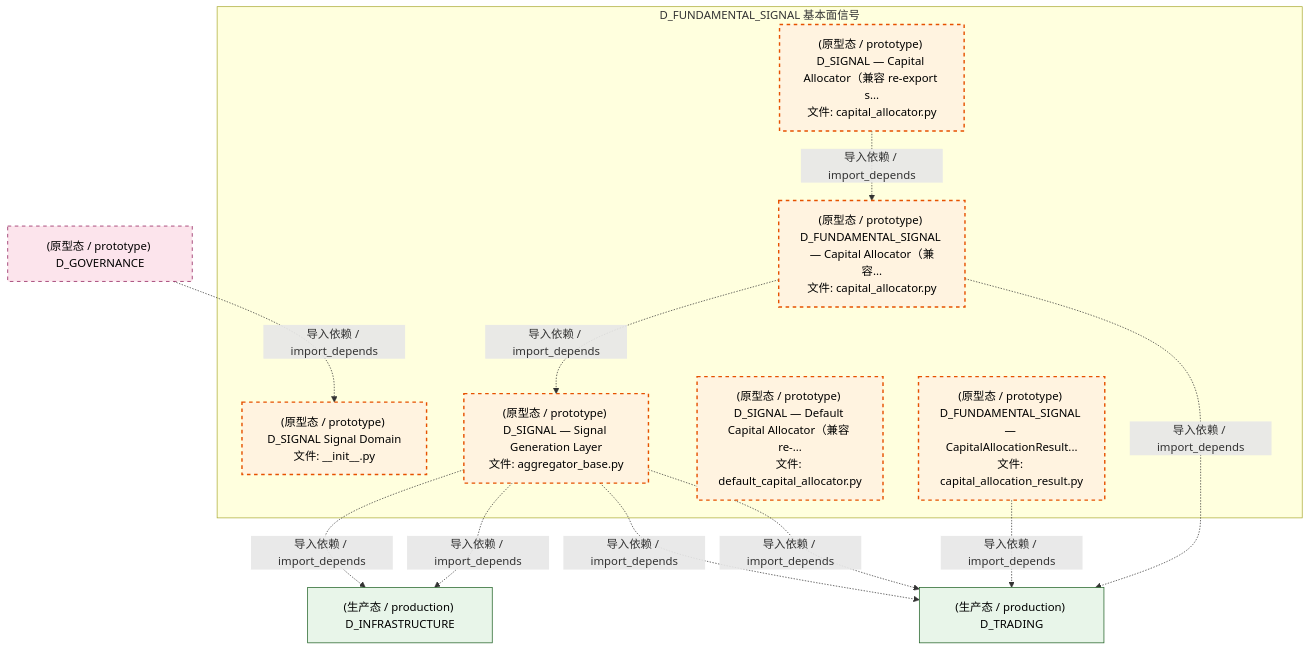
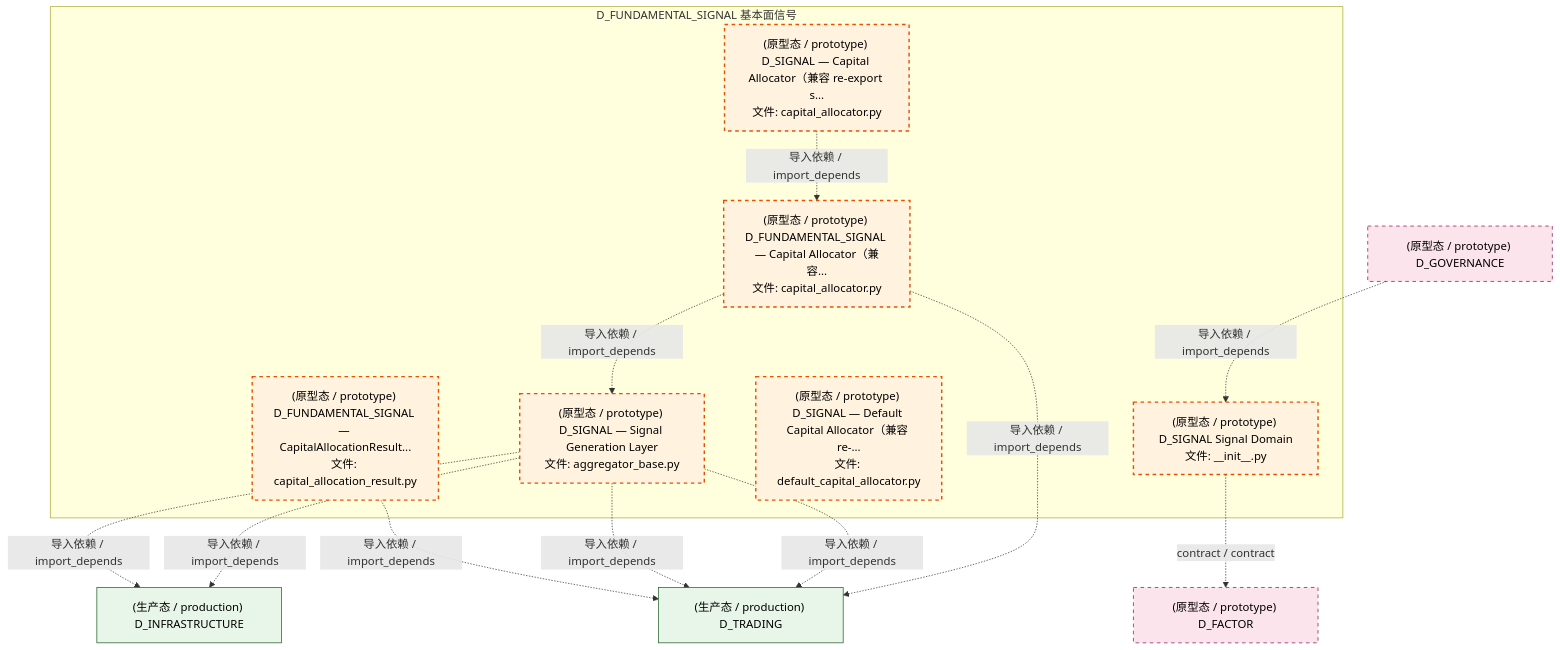
One commit to xuanFelixVan/ZephyrAlpha changed the third of 4 diagrams in docs/02_enterprise_architecture/02_domain_architecture_docs/37_d_fundamental_signal.md. Above: the diagram before and after it, drawn with Mermaid. The commit also changed other lines of this file and 87 other files, not shown here.

````diff
--- a/docs/02_enterprise_architecture/02_domain_architecture_docs/37_d_fundamental_signal.md
+++ b/docs/02_enterprise_architecture/02_domain_architecture_docs/37_d_fundamental_signal.md
@@ -171,30 +171,32 @@
 ```mermaid
 graph TD
     subgraph D_FUNDAMENTAL_SIGNAL["D_FUNDAMENTAL_SIGNAL 基本面信号"]
         src_zephyr_signal_fundamental_init_py["(原型态 / prototype) D_SIGNAL Signal Domain<br/>文件: __init__.py"]
         src_zephyr_signal_fundamental_capital_capital_allocation_result_py["(原型态 / prototype) D_FUNDAMENTAL_SIGNAL — CapitalAllocationResult...<br/>文件: capital_allocation_result.py"]
         src_zephyr_signal_fundamental_capital_capital_allocator_py["(原型态 / prototype) D_SIGNAL — Capital Allocator（兼容 re-export s...<br/>文件: capital_allocator.py"]
         src_zephyr_signal_fundamental_capital_default_capital_allocator_py["(原型态 / prototype) D_SIGNAL — Default Capital Allocator（兼容 re-...<br/>文件: default_capital_allocator.py"]
         src_zephyr_signal_fundamental_gen_aggregator_base_py["(原型态 / prototype) D_SIGNAL — Signal Generation Layer<br/>文件: aggregator_base.py"]
         src_zephyr_signal_fundamental_strategy_capital_allocator_py["(原型态 / prototype) D_FUNDAMENTAL_SIGNAL — Capital Allocator（兼容...<br/>文件: capital_allocator.py"]
     end
     src_zephyr_signal_fundamental_capital_capital_allocator_py -.->|导入依赖 / import_depends| src_zephyr_signal_fundamental_strategy_capital_allocator_py
     src_zephyr_signal_fundamental_strategy_capital_allocator_py -.->|导入依赖 / import_depends| src_zephyr_signal_fundamental_gen_aggregator_base_py
+    D_FACTOR["(原型态 / prototype) D_FACTOR"]
+    src_zephyr_signal_fundamental_init_py -.->|contract / contract| D_FACTOR
+    D_TRADING["(生产态 / production) D_TRADING"]
+    src_zephyr_signal_fundamental_capital_capital_allocation_result_py -.->|导入依赖 / import_depends| D_TRADING
     D_INFRASTRUCTURE["(生产态 / production) D_INFRASTRUCTURE"]
     src_zephyr_signal_fundamental_gen_aggregator_base_py -.->|导入依赖 / import_depends| D_INFRASTRUCTURE
-    D_TRADING["(生产态 / production) D_TRADING"]
     src_zephyr_signal_fundamental_gen_aggregator_base_py -.->|导入依赖 / import_depends| D_TRADING
     src_zephyr_signal_fundamental_gen_aggregator_base_py -.->|导入依赖 / import_depends| D_TRADING
     src_zephyr_signal_fundamental_gen_aggregator_base_py -.->|导入依赖 / import_depends| D_INFRASTRUCTURE
-    src_zephyr_signal_fundamental_capital_capital_allocation_result_py -.->|导入依赖 / import_depends| D_TRADING
     src_zephyr_signal_fundamental_strategy_capital_allocator_py -.->|导入依赖 / import_depends| D_TRADING
     D_GOVERNANCE["(原型态 / prototype) D_GOVERNANCE"]
     D_GOVERNANCE -.->|导入依赖 / import_depends| src_zephyr_signal_fundamental_init_py
     classDef production fill:#e1f5fe,stroke:#01579b,stroke-width:2px,color:#000
     classDef design fill:#fff3e0,stroke:#e65100,stroke-width:2px,color:#000,stroke-dasharray: 5 5
     classDef external_prod fill:#e8f5e9,stroke:#1b5e20,stroke-width:1px,color:#000
     classDef external_design fill:#fce4ec,stroke:#880e4f,stroke-width:1px,color:#000,stroke-dasharray: 5 5
     class src_zephyr_signal_fundamental_init_py,src_zephyr_signal_fundamental_capital_capital_allocation_result_py,src_zephyr_signal_fundamental_capital_capital_allocator_py,src_zephyr_signal_fundamental_capital_default_capital_allocator_py,src_zephyr_signal_fundamental_gen_aggregator_base_py,src_zephyr_signal_fundamental_strategy_capital_allocator_py design
-    class D_INFRASTRUCTURE,D_TRADING external_prod
-    class D_GOVERNANCE external_design
+    class D_TRADING,D_INFRASTRUCTURE external_prod
+    class D_FACTOR,D_GOVERNANCE external_design
 ```
````
